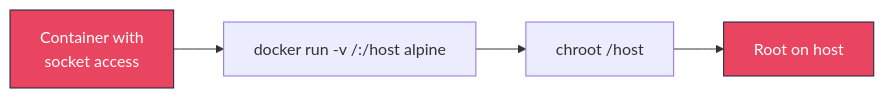
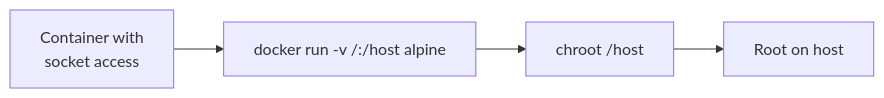
One commit to novotnyllc/ContainAI changed the fifth of 6 diagrams in docs/security-scenarios.md. Above: the diagram before and after it, drawn with Mermaid. The commit also changed other lines of this file and 14 other files, not shown here.

````diff
--- a/docs/security-scenarios.md
+++ b/docs/security-scenarios.md
@@ -360,9 +350,7 @@
 ```mermaid
 flowchart LR
     A["Container with<br/>socket access"] --> B["docker run -v /:/host alpine"]
     B --> C["chroot /host"]
     C --> D["Root on host"]
 
-    style A fill:#e94560,stroke:#16213e,color:#fff
-    style D fill:#e94560,stroke:#16213e,color:#fff
 ```
````
